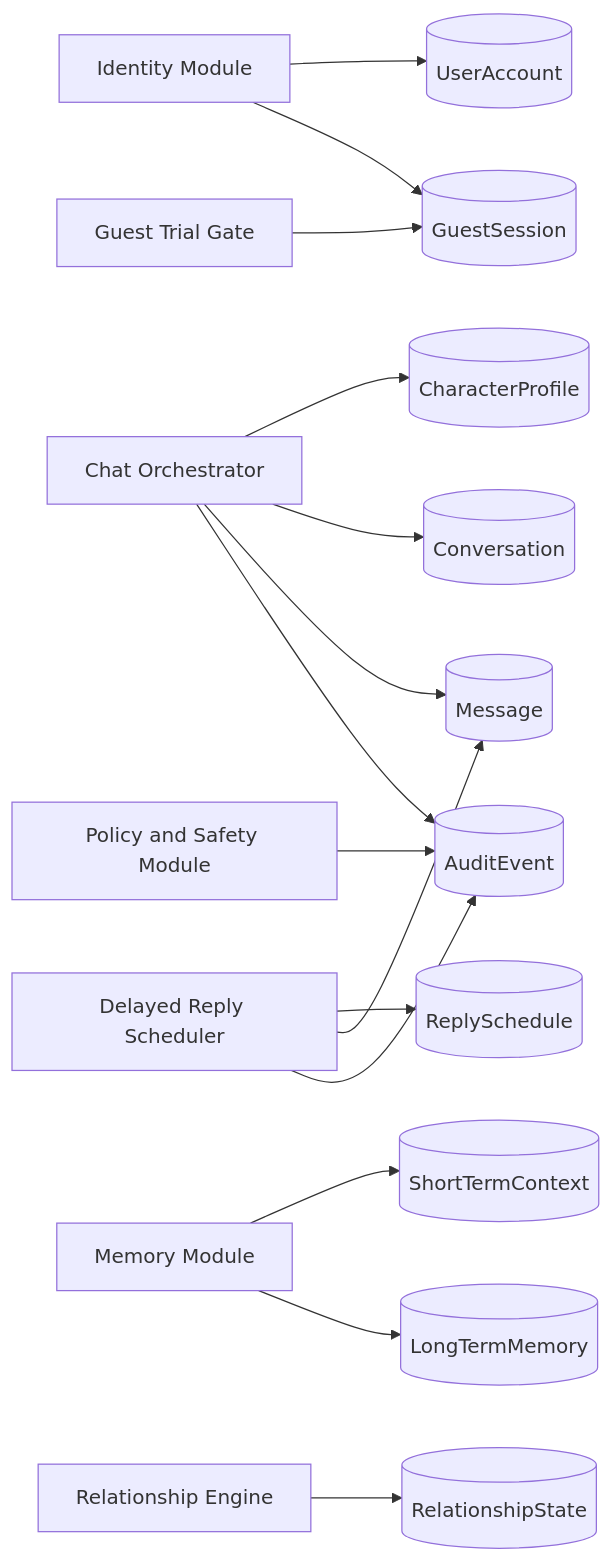
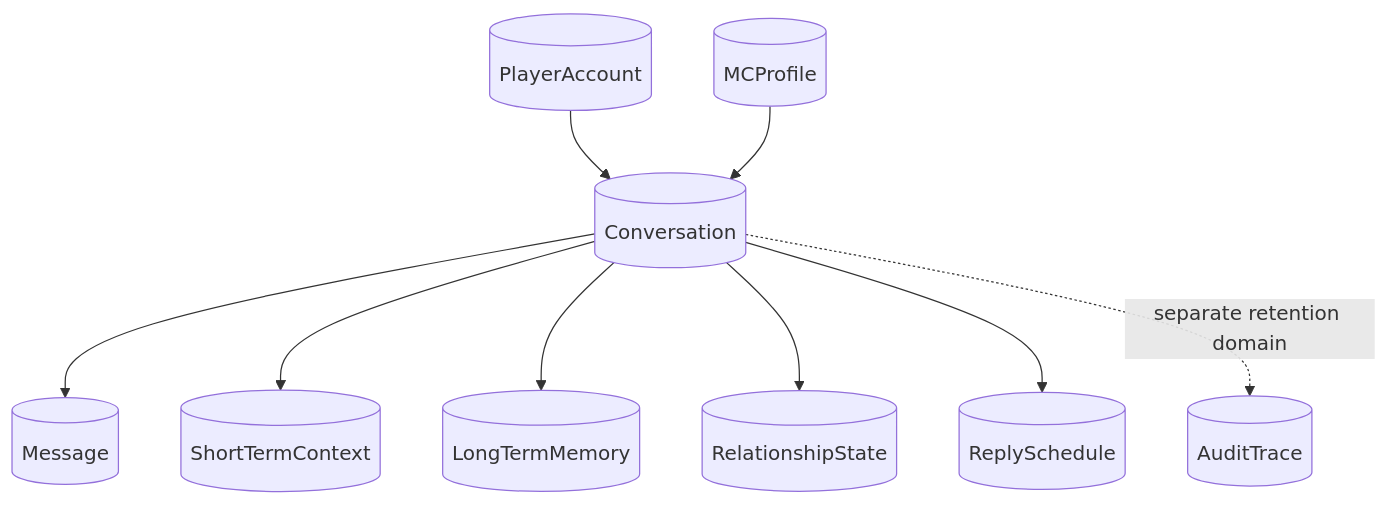
The fourth of 4 diagrams in docs/02_architecture/renai-game-llm-mvp-component-diagrams.md (aa-aiera/renai_docs), drawn with Mermaid before and after one commit. The commit also changed other lines of this file and 16 other files, not shown here.

First line of the commit message:
Rename user/character to Player/MC; enforce phase1 policies

````diff
--- a/docs/02_architecture/renai-game-llm-mvp-component-diagrams.md
+++ b/docs/02_architecture/renai-game-llm-mvp-component-diagrams.md
@@ -172,36 +164,21 @@
 ```mermaid
-flowchart LR
-    Identity[Identity Module]
-    Trial[Guest Trial Gate]
-    Chat[Chat Orchestrator]
-    Memory[Memory Module]
-    Relationship[Relationship Engine]
-    Scheduler[Delayed Reply Scheduler]
-    Policy[Policy and Safety Module]
-
-    User[(UserAccount)]
-    Guest[(GuestSession)]
-    Character[(CharacterProfile)]
+flowchart TB
+    Player[(PlayerAccount)]
+    MC[(MCProfile)]
     Conversation[(Conversation)]
     Message[(Message)]
     ShortTerm[(ShortTermContext)]
     LongTerm[(LongTermMemory)]
-    State[(RelationshipState)]
+    Relationship[(RelationshipState)]
     Reply[(ReplySchedule)]
-    Audit[(AuditEvent)]
+    Audit[(AuditTrace)]
 
-    Identity --> User
-    Identity --> Guest
-    Chat --> Character
-    Chat --> Conversation
-    Chat --> Message
-    Trial --> Guest
-    Memory --> ShortTerm
-    Memory --> LongTerm
-    Relationship --> State
-    Scheduler --> Reply
-    Policy --> Audit
-    Chat --> Audit
-    Scheduler --> Message
-    Scheduler --> Audit
+    Player --> Conversation
+    MC --> Conversation
+    Conversation --> Message
+    Conversation --> ShortTerm
+    Conversation --> LongTerm
+    Conversation --> Relationship
+    Conversation --> Reply
+    Conversation -. separate retention domain .-> Audit
 ```
````
